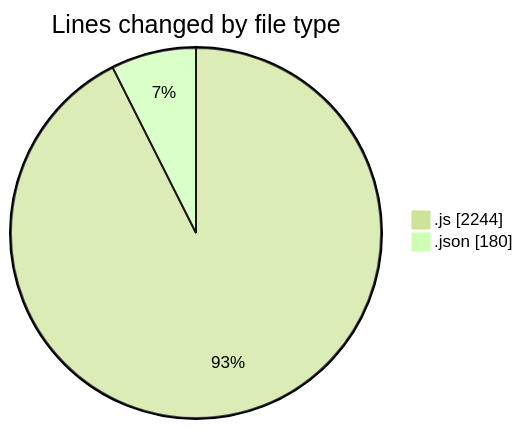
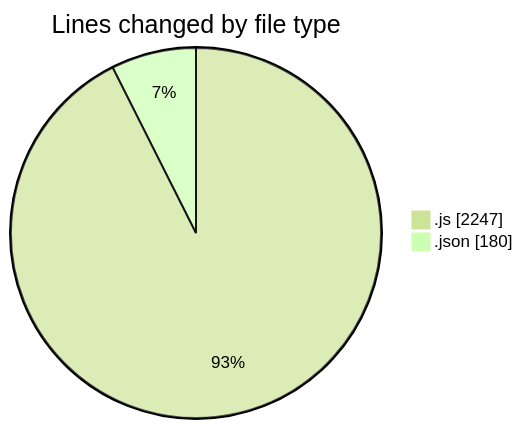
The first of 2 diagrams in 2025-08-03/javascript/README.md (Ritupan-Deka/code-tracking), drawn with Mermaid (forest theme) before and after one commit. The commit also changed other lines of this file and 1 other file, not shown here.

````diff
--- a/2025-08-03/javascript/README.md
+++ b/2025-08-03/javascript/README.md
@@ -24,6 +24,6 @@
 ```mermaid
 pie showData
 title Lines changed by file type
-".js" : 2244
+".js" : 2247
 ".json" : 180
 ```
````
